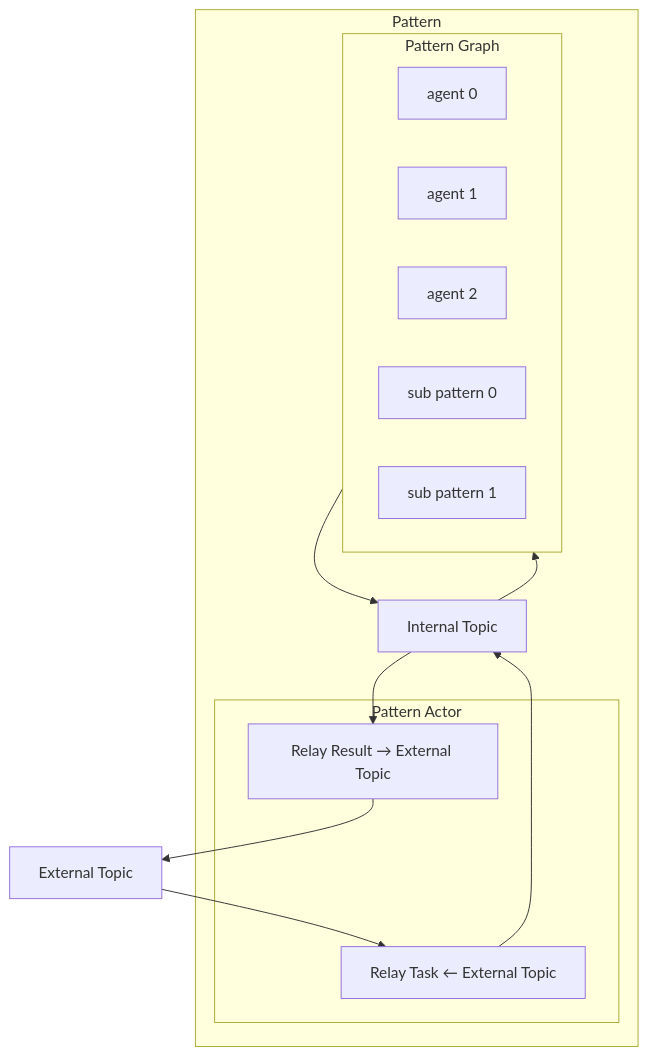
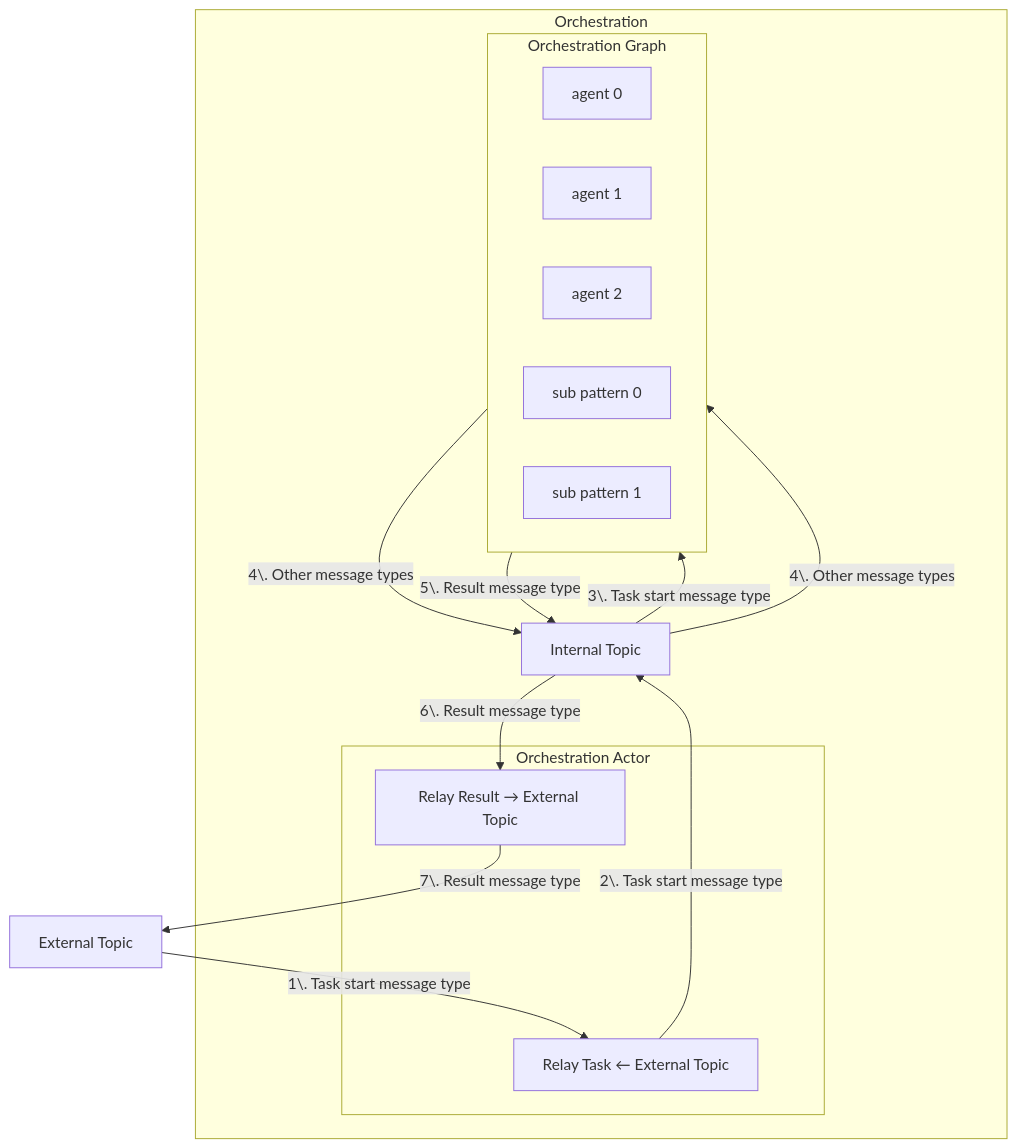
One commit to microsoft/semantic-kernel changed the first of 2 diagrams in docs/decisions/00xx-multi-agent-orchestration.md. Above: the diagram before and after it, drawn with Mermaid. The commit also changed other lines of this file, not shown here.

Commit message:
Add nested orchestration diagram

````diff
--- a/docs/decisions/00xx-multi-agent-orchestration.md
+++ b/docs/decisions/00xx-multi-agent-orchestration.md
@@ -98,28 +99,36 @@
 ```mermaid
 graph TD
   %% External
   EXT_Topic[External Topic]
 
   %% Outer Block
-  subgraph Pattern
-    subgraph PG[Pattern Graph]
+  subgraph Orchestration
+    subgraph Orchestration Actor
+      RelayResult[Relay Result → External Topic]
+      RelayTask[Relay Task ← External Topic]
+    end
+
+    subgraph PG[Orchestration Graph]
       AG0[agent 0]
       AG1[agent 1]
       AG2[agent 2]
       SUBPATTERN0[sub pattern 0]
       SUBPATTERN1[sub pattern 1]
     end
 
     IT[Internal Topic]
 
-    subgraph Pattern Actor
-      RelayResult[Relay Result → External Topic]
-      RelayTask[Relay Task ← External Topic]
-    end
-
   end
 
   %% Connections
-  PG --> IT --> RelayResult --> EXT_Topic
-  EXT_Topic --> RelayTask --> IT --> PG
+  EXT_Topic --> |1\. Task start message type| RelayTask
+  RelayTask --> |2\. Task start message type| IT
+  IT --> |3\. Task start message type| PG
+
+  PG --> |4\. Other message types| IT
+  IT --> |4\. Other message types| PG
+
+  PG --> |5\. Result message type| IT
+  IT --> |6\. Result message type| RelayResult
+  RelayResult --> |7\. Result message type| EXT_Topic
 ```
````
